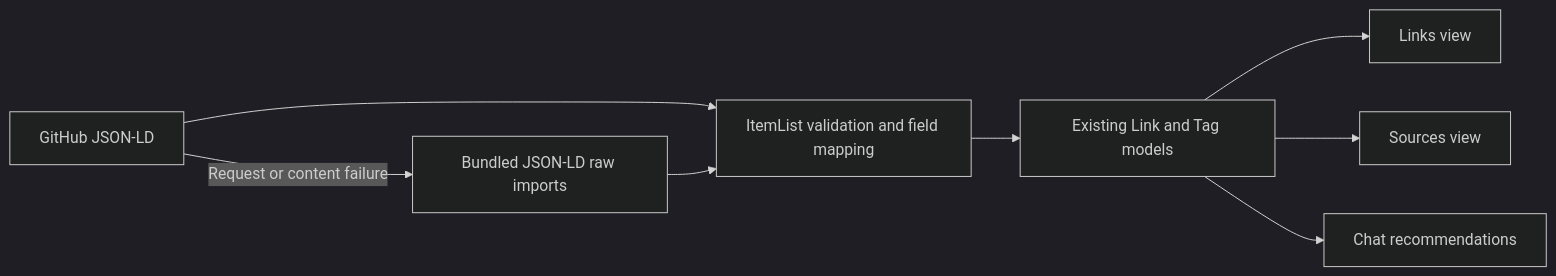
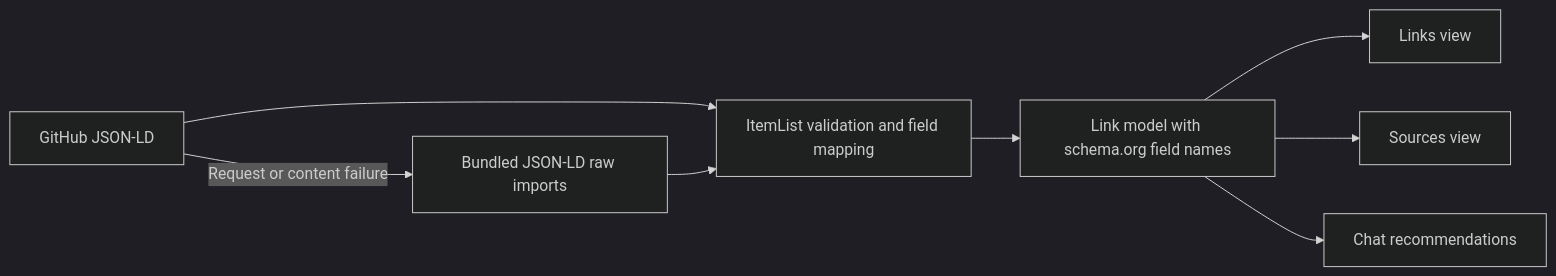
One commit to johnpfeiffer/links changed the sixth of 7 diagrams in architecture.md. Above: the diagram before and after it, drawn with Mermaid (dark theme). The commit also changed other lines of this file and 27 other files, not shown here.

````diff
--- a/architecture.md
+++ b/architecture.md
@@ -171,10 +172,10 @@
 ```mermaid
 flowchart LR
   Remote[GitHub JSON-LD] --> Adapter[ItemList validation and field mapping]
   Remote -->|Request or content failure| Bundled[Bundled JSON-LD raw imports]
   Bundled --> Adapter
-  Adapter --> Domain[Existing Link and Tag models]
+  Adapter --> Domain[Link model with schema.org field names]
   Domain --> Links[Links view]
   Domain --> Sources[Sources view]
   Domain --> Chat[Chat recommendations]
 ```
````
